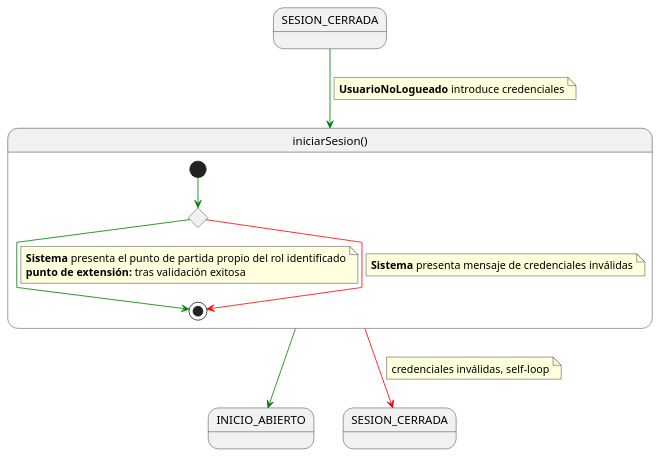
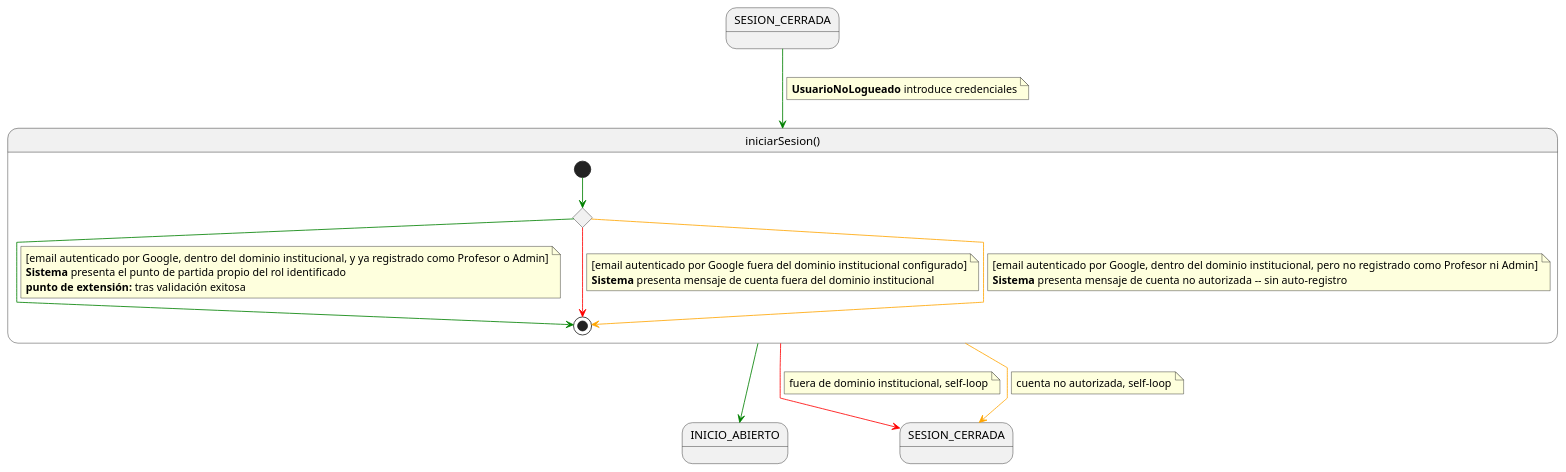
One commit to mmasias/pyCeldaPublico changed the diagram in RUP/01-requisitos/03-detalle-casos-uso/iniciarSesion/especificacion.puml. Above: the diagram before and after it, drawn with PlantUML. The commit also changed 1249 other files, not shown here.

First line of the commit message:
docs: sincroniza el subconjunto público con pyCelda 55beb8b5 (rename Grado -> Programa y v0.11.0)

```diff
--- a/RUP/01-requisitos/03-detalle-casos-uso/iniciarSesion/especificacion.puml
+++ b/RUP/01-requisitos/03-detalle-casos-uso/iniciarSesion/especificacion.puml
@@ -1,64 +1,77 @@
 @startuml iniciarSesion
 
 skinparam linetype polyline
 
-' Invocado por UsuarioNoLogueado, no por Profesor/DirectorGrado/Admin -- error
+' Invocado por UsuarioNoLogueado, no por Profesor/DirectorPrograma/Admin -- error
 ' sistemático de la literatura RUP corregido aquí: el rol específico (Profesor,
 ' etc.) solo existe DESPUÉS de que iniciarSesion() tenga éxito, no antes. Quien
 ' invoca no puede ser el resultado de la propia invocación. Los actores ya
 ' identificados invocan cerrarSesion(), nunca iniciarSesion() -- ver
-' actoresCasosUso{Profesor,DirectorGrado,AdminCatalogos}.puml.
+' actoresCasosUso{Profesor,DirectorPrograma,AdminCatalogos}.puml.
 '
 ' Punto de extensión: "tras validación exitosa" (la rama verde de <<choice>>
 ' c, abajo). DOS ramas mutuamente excluyentes según el rol resuelto
 ' (discussion #274, antes eran tres):
-'   - rol in {Profesor, DirectorGrado} -> abrirInicio()  (pantalla que compone
-'     "Mis guías" y "Mis grados"; primitiva de navegación, <<include>> de
-'     abrirAsignaturasGrado() + abrirGrados())
+'   - rol in {Profesor, DirectorPrograma} -> abrirInicio()  (pantalla que compone
+'     "Mis guías" y "Mis programas"; primitiva de navegación, <<include>> de
+'     abrirAsignaturasPrograma() + abrirProgramas())
 '   - rol == Admin -> abrirPanelAdministracion()
 ' Ambas EXTIENDEN a iniciarSesion() -- no lo incluyen. <<include>> es
 ' incondicional por definición UML; aquí solo se dispara UNA de dos ramas
 ' según el rol, y iniciarSesion() es completo sin ninguna extensión --
 ' semántica de <<extend>>, no de <<include>>.
 '
-' Guard de resolución de rol (#274): el rol es "director_grado" solo si el
-' email dirige >= 1 Grado; una fila huérfana en directores_grado (ex-director
-' sin grados) cae a "profesor" y NUNCA a un fallo -- una cuenta autenticada y
+' Guard de resolución de rol (#274): el rol es "director_programa" solo si el
+' email dirige >= 1 Programa; una fila huérfana en directores_programa (ex-director
+' sin programas) cae a "profesor" y NUNCA a un fallo -- una cuenta autenticada y
 ' reconocida por el catálogo nunca se expulsa, la capacidad ausente se
 ' presenta como sección vacía de abrirInicio().
 
 state SESION_CERRADA
 state INICIO_ABIERTO_SALIDA as "INICIO_ABIERTO"
 state SESION_CERRADA_SALIDA as "SESION_CERRADA"
 
 SESION_CERRADA -[#green]-> iniciarSesion
 note on link
 <b>UsuarioNoLogueado</b> introduce credenciales
 end note
 
 state iniciarSesion as "iniciarSesion()" {
 
     state c <<choice>>
 
     [*] -[#green]-> c
 
     c -[#green]-> [*]
     note on link
+    [email autenticado por Google, dentro del dominio institucional, y ya registrado como Profesor o Admin]
     <b>Sistema</b> presenta el punto de partida propio del rol identificado
     <b>punto de extensión:</b> tras validación exitosa
     end note
 
     c -[#red]-> [*]
     note on link
-    <b>Sistema</b> presenta mensaje de credenciales inválidas
+    [email autenticado por Google fuera del dominio institucional configurado]
+    <b>Sistema</b> presenta mensaje de cuenta fuera del dominio institucional
+    end note
+
+    c -[#orange]-> [*]
+    note on link
+    [email autenticado por Google, dentro del dominio institucional, pero no registrado como Profesor ni Admin]
+    <b>Sistema</b> presenta mensaje de cuenta no autorizada -- sin auto-registro
     end note
 }
 
 iniciarSesion -[#green]-> INICIO_ABIERTO_SALIDA
 
 iniciarSesion -[#red]-> SESION_CERRADA_SALIDA
 note on link
-credenciales inválidas, self-loop
+fuera de dominio institucional, self-loop
+end note
+
+iniciarSesion -[#orange]-> SESION_CERRADA_SALIDA
+note on link
+cuenta no autorizada, self-loop
 end note
 
 @enduml
```
